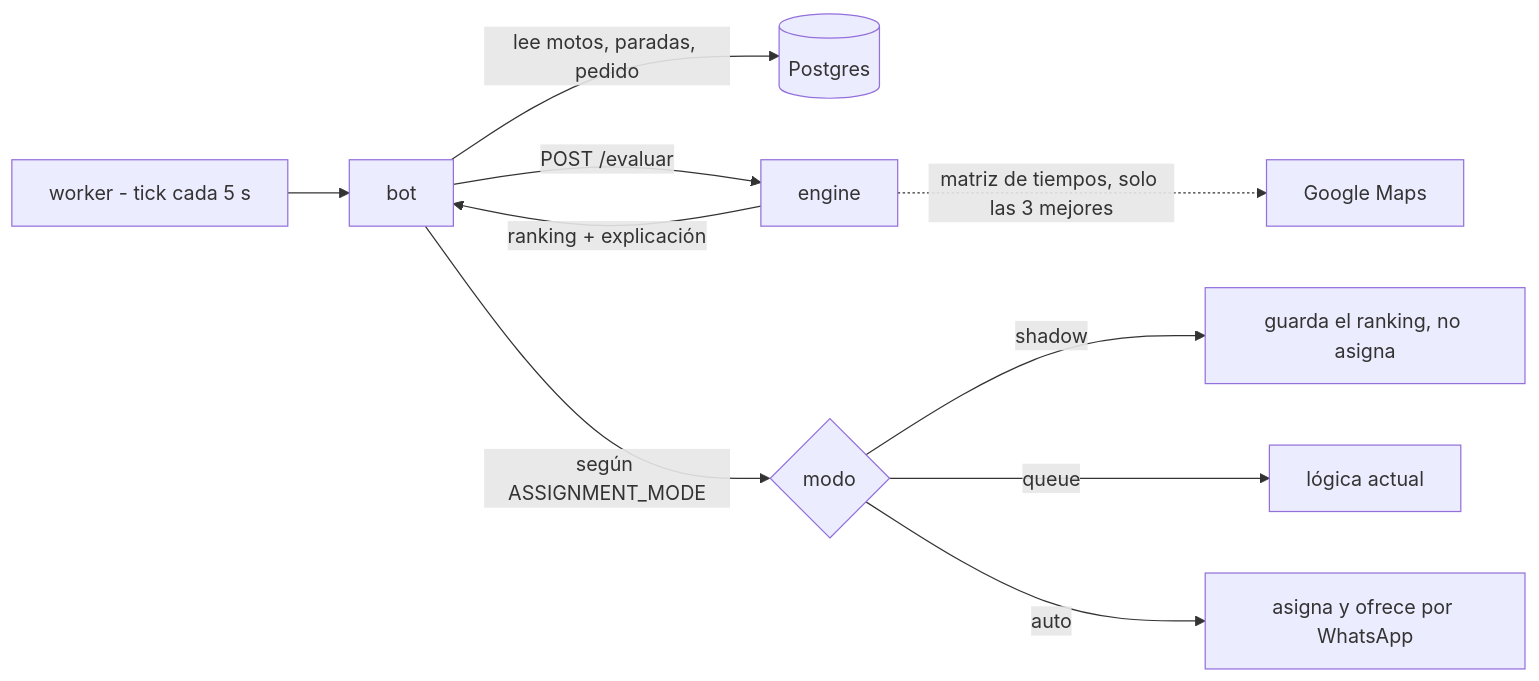
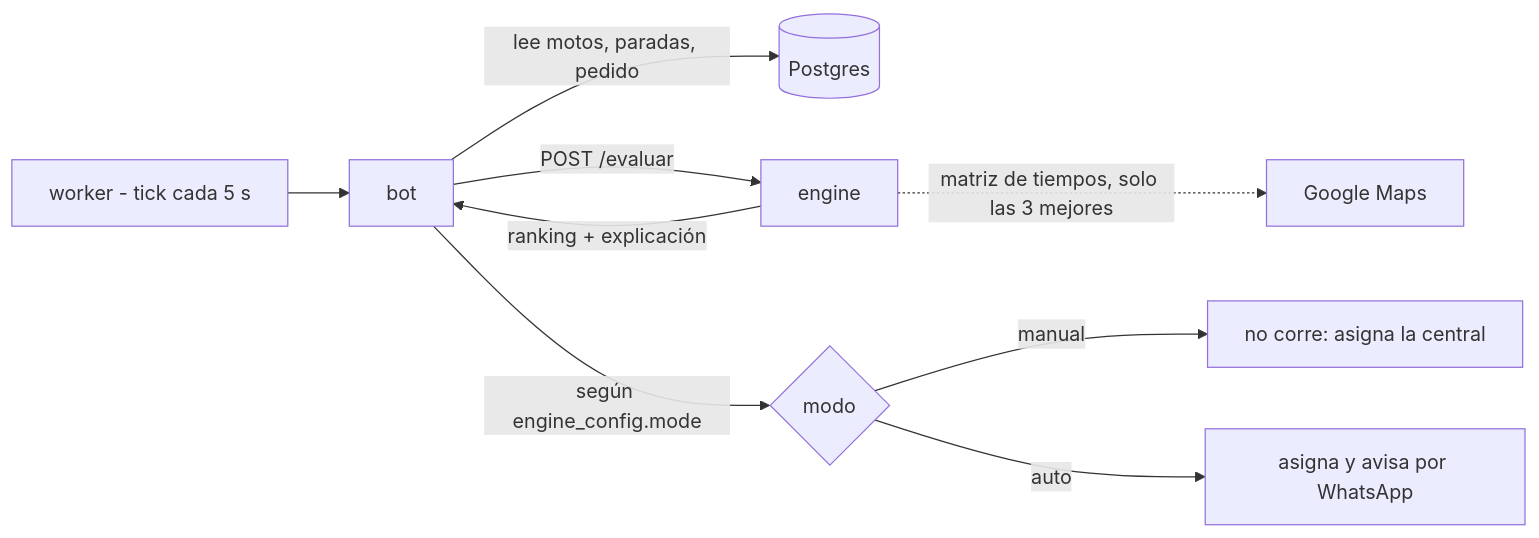
The diagram in docs/ALGORITMO.md (clapi-labs/clapi-dispatch), drawn with Mermaid before and after one commit. The commit also changed other lines of this file and 25 other files, not shown here.

````diff
--- a/docs/ALGORITMO.md
+++ b/docs/ALGORITMO.md
@@ -11,12 +11,11 @@
 ```mermaid
 flowchart LR
     W[worker - tick cada 5 s] --> B[bot]
     B -- "lee motos, paradas, pedido" --> PG[(Postgres)]
     B -- "POST /evaluar" --> E[engine]
     E -. "matriz de tiempos, solo las 3 mejores" .-> G[Google Maps]
     E -- "ranking + explicación" --> B
-    B -- "según ASSIGNMENT_MODE" --> D{modo}
-    D -- shadow --> S["guarda el ranking, no asigna"]
-    D -- queue --> Q["lógica actual"]
-    D -- auto --> A["asigna y ofrece por WhatsApp"]
+    B -- "según engine_config.mode" --> D{modo}
+    D -- manual --> S["no corre: asigna la central"]
+    D -- auto --> A["asigna y avisa por WhatsApp"]
 ```
````
